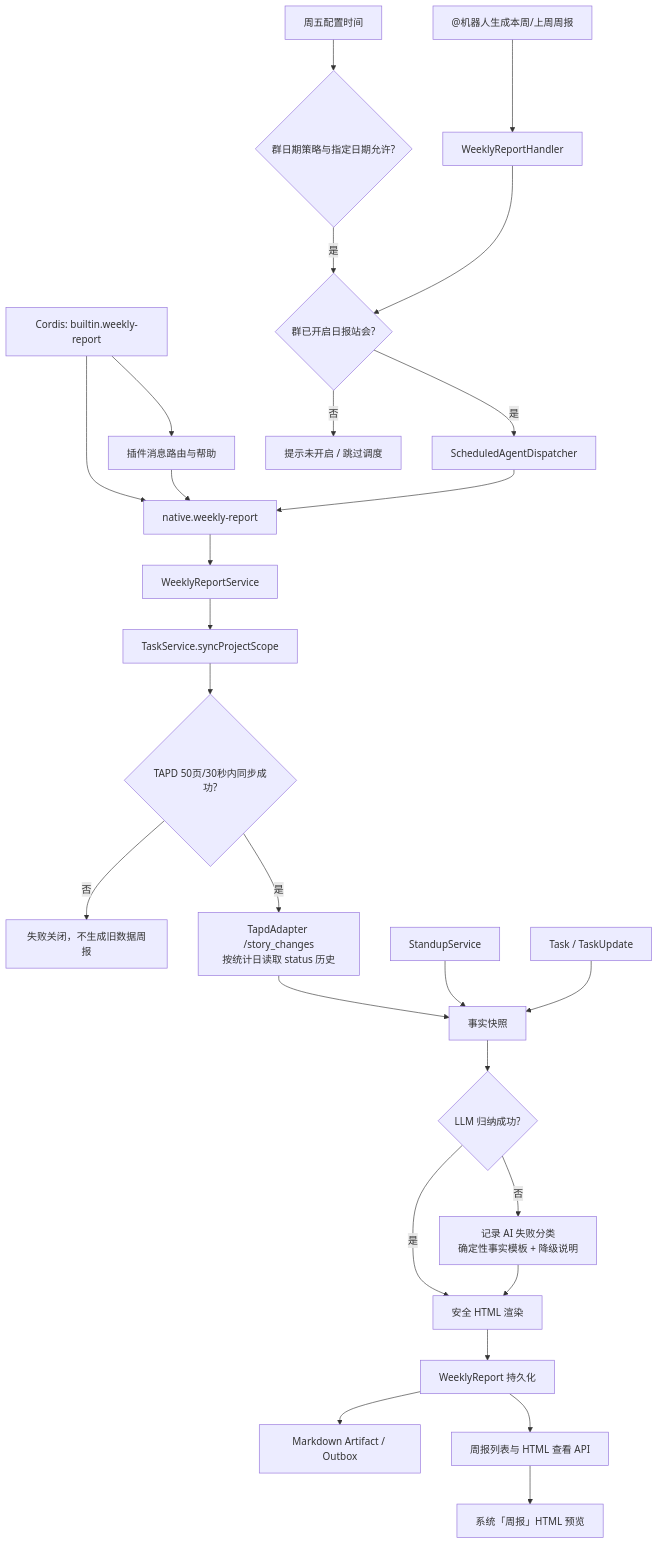
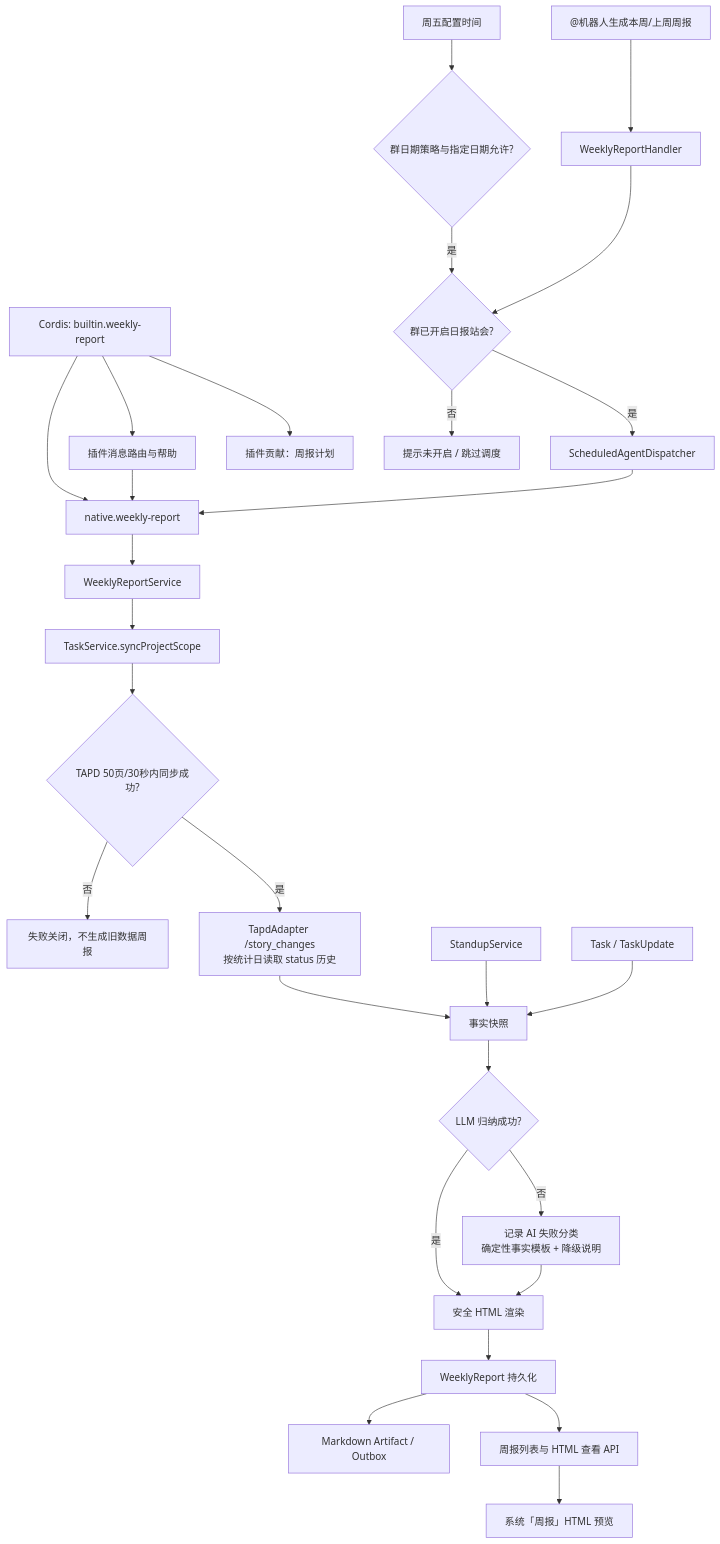
Before and after one commit to KlayPeter/AI-Delivery-Ops-Agent: the diagram in backend/src/domains/weeklyReport/FEATURE.md, drawn with Mermaid. The commit also changed other lines of this file and 37 other files, not shown here.

````diff
--- a/backend/src/domains/weeklyReport/FEATURE.md
+++ b/backend/src/domains/weeklyReport/FEATURE.md
@@ -20,29 +20,30 @@
 ```mermaid
 flowchart TD
     PL["Cordis: builtin.weekly-report"] --> A
     PL --> MR["插件消息路由与帮助"]
+    PL --> GS["插件贡献：周报计划"]
     MR --> A
     U["@机器人生成本周/上周周报"] --> H["WeeklyReportHandler"]
     S["周五配置时间"] --> HC{"群日期策略与指定日期允许?"}
     HC -- "是" --> G{"群已开启日报站会?"}
     H --> G
     G -- 否 --> X0["提示未开启 / 跳过调度"]
     G -- 是 --> D["ScheduledAgentDispatcher"]
     D --> A["native.weekly-report"]
     A --> W["WeeklyReportService"]
     W --> T["TaskService.syncProjectScope"]
     T --> P{"TAPD 50页/30秒内同步成功?"}
     P -- 否 --> X["失败关闭，不生成旧数据周报"]
     P -- 是 --> TH["TapdAdapter /story_changes\n按统计日读取 status 历史"]
     TH --> F["事实快照"]
     ST["StandupService"] --> F
     TU["Task / TaskUpdate"] --> F
     F --> N{"LLM 归纳成功?"}
     N -- 是 --> R["安全 HTML 渲染"]
     N -- 否 --> NF["记录 AI 失败分类<br/>确定性事实模板 + 降级说明"]
     NF --> R
     R --> DB["WeeklyReport 持久化"]
     DB --> O["Markdown Artifact / Outbox"]
     DB --> API["周报列表与 HTML 查看 API"]
     API --> UI["系统「周报」HTML 预览"]
 ```
````
